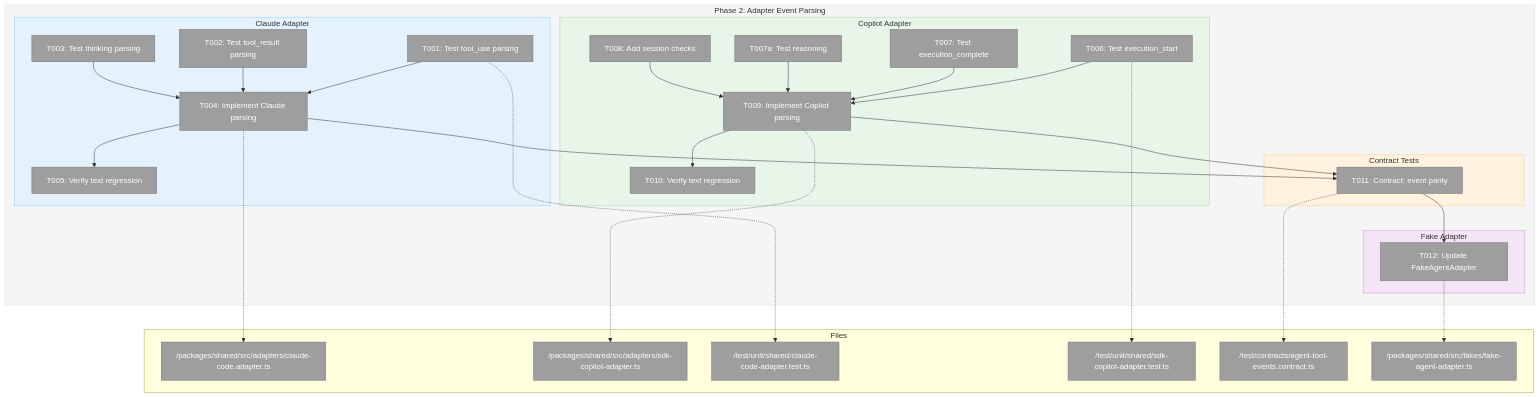
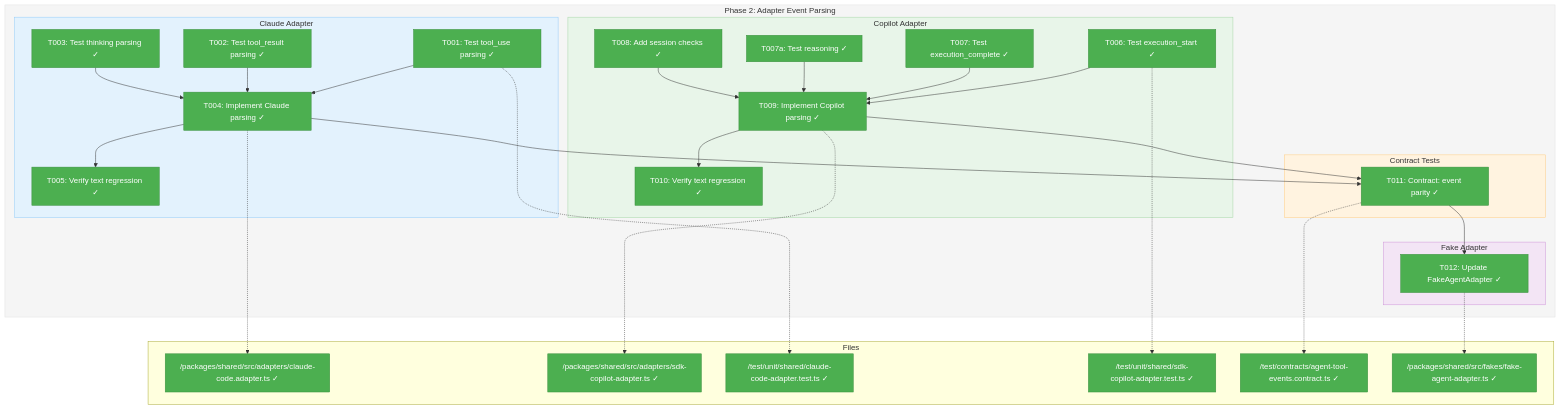
One commit to AI-Substrate/chainglass changed the first of 4 diagrams in docs/plans/015-better-agents/tasks/phase-2-adapter-event-parsing/tasks.md. Above: the diagram before and after it, drawn with Mermaid. The commit also changed other lines of this file and 8 other files, not shown here.

First line of the commit message:
feat(shared): Plan 015 Phase 2 - Adapter Event Parsing

````diff
--- a/docs/plans/015-better-agents/tasks/phase-2-adapter-event-parsing/tasks.md
+++ b/docs/plans/015-better-agents/tasks/phase-2-adapter-event-parsing/tasks.md
@@ -83,68 +83,68 @@
 ```mermaid
 flowchart TD
     classDef pending fill:#9E9E9E,stroke:#757575,color:#fff
     classDef inprogress fill:#FF9800,stroke:#F57C00,color:#fff
     classDef completed fill:#4CAF50,stroke:#388E3C,color:#fff
     classDef blocked fill:#F44336,stroke:#D32F2F,color:#fff
 
     style Phase fill:#F5F5F5,stroke:#E0E0E0
     style Claude fill:#E3F2FD,stroke:#90CAF9
     style Copilot fill:#E8F5E9,stroke:#A5D6A7
     style Contract fill:#FFF3E0,stroke:#FFCC80
     style Fake fill:#F3E5F5,stroke:#CE93D8
 
     subgraph Phase["Phase 2: Adapter Event Parsing"]
         subgraph Claude["Claude Adapter"]
-            T001["T001: Test tool_use parsing"]:::pending
-            T002["T002: Test tool_result parsing"]:::pending
-            T003["T003: Test thinking parsing"]:::pending
-            T004["T004: Implement Claude parsing"]:::pending
-            T005["T005: Verify text regression"]:::pending
+            T001["T001: Test tool_use parsing ✓"]:::completed
+            T002["T002: Test tool_result parsing ✓"]:::completed
+            T003["T003: Test thinking parsing ✓"]:::completed
+            T004["T004: Implement Claude parsing ✓"]:::completed
+            T005["T005: Verify text regression ✓"]:::completed
             T001 --> T004
             T002 --> T004
             T003 --> T004
             T004 --> T005
         end
 
         subgraph Copilot["Copilot Adapter"]
-            T006["T006: Test execution_start"]:::pending
-            T007["T007: Test execution_complete"]:::pending
-            T007a["T007a: Test reasoning"]:::pending
-            T008["T008: Add session checks"]:::pending
-            T009["T009: Implement Copilot parsing"]:::pending
-            T010["T010: Verify text regression"]:::pending
+            T006["T006: Test execution_start ✓"]:::completed
+            T007["T007: Test execution_complete ✓"]:::completed
+            T007a["T007a: Test reasoning ✓"]:::completed
+            T008["T008: Add session checks ✓"]:::completed
+            T009["T009: Implement Copilot parsing ✓"]:::completed
+            T010["T010: Verify text regression ✓"]:::completed
             T006 --> T009
             T007 --> T009
             T007a --> T009
             T008 --> T009
             T009 --> T010
         end
 
         subgraph Contract["Contract Tests"]
-            T011["T011: Contract: event parity"]:::pending
+            T011["T011: Contract: event parity ✓"]:::completed
             T004 --> T011
             T009 --> T011
         end
 
         subgraph Fake["Fake Adapter"]
-            T012["T012: Update FakeAgentAdapter"]:::pending
+            T012["T012: Update FakeAgentAdapter ✓"]:::completed
             T011 --> T012
         end
     end
 
     subgraph Files["Files"]
-        F1["/packages/shared/src/adapters/claude-code.adapter.ts"]:::pending
-        F2["/packages/shared/src/adapters/sdk-copilot-adapter.ts"]:::pending
-        F3["/test/unit/shared/claude-code-adapter.test.ts"]:::pending
-        F4["/test/unit/shared/sdk-copilot-adapter.test.ts"]:::pending
-        F5["/test/contracts/agent-tool-events.contract.ts"]:::pending
-        F6["/packages/shared/src/fakes/fake-agent-adapter.ts"]:::pending
+        F1["/packages/shared/src/adapters/claude-code.adapter.ts ✓"]:::completed
+        F2["/packages/shared/src/adapters/sdk-copilot-adapter.ts ✓"]:::completed
+        F3["/test/unit/shared/claude-code-adapter.test.ts ✓"]:::completed
+        F4["/test/unit/shared/sdk-copilot-adapter.test.ts ✓"]:::completed
+        F5["/test/contracts/agent-tool-events.contract.ts ✓"]:::completed
+        F6["/packages/shared/src/fakes/fake-agent-adapter.ts ✓"]:::completed
     end
 
     T004 -.-> F1
     T009 -.-> F2
     T001 -.-> F3
     T006 -.-> F4
     T011 -.-> F5
     T012 -.-> F6
 ```
````
